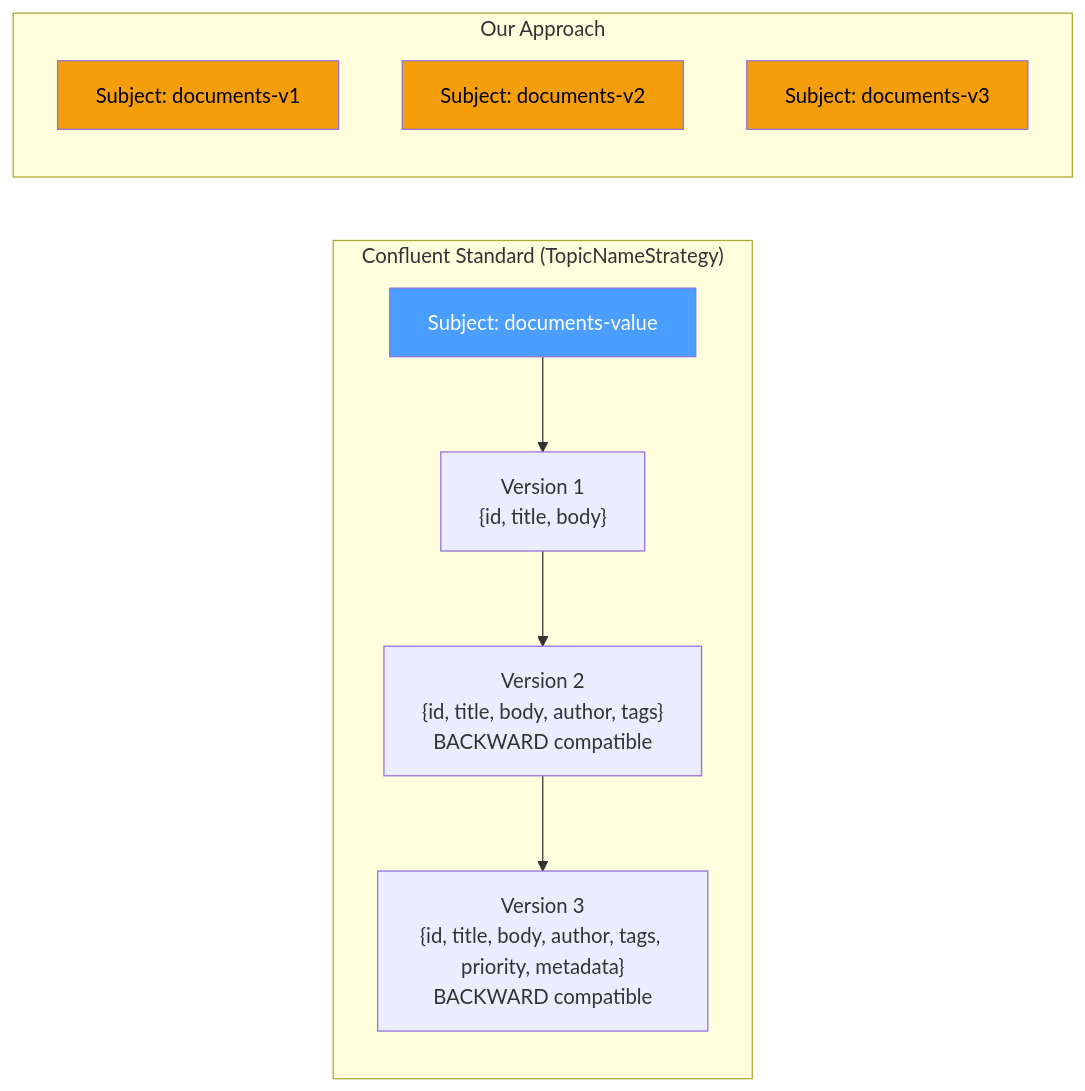
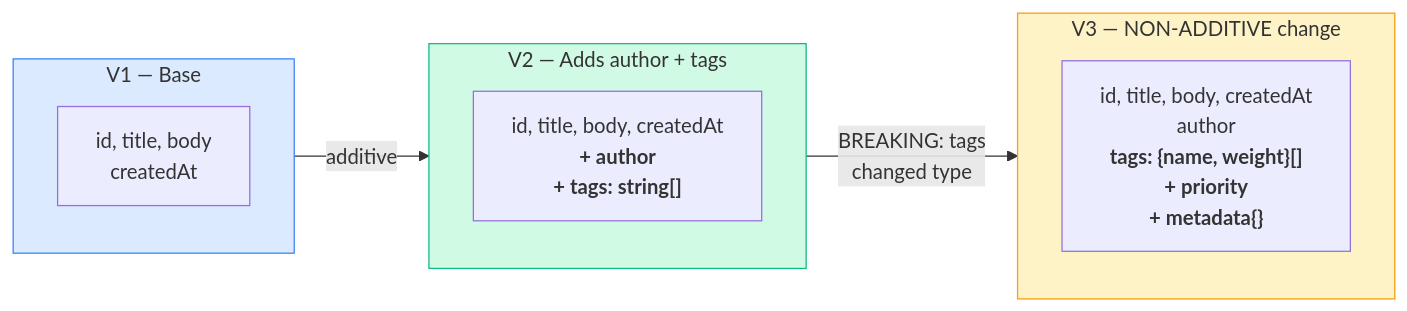
The third of 4 diagrams in README.md (righteouslabs/experiments-kubernetes), drawn with Mermaid before and after one commit. The commit also changed other lines of this file and 6 other files, not shown here.

````diff
--- a/README.md
+++ b/README.md
@@ -576,20 +122,21 @@
 ```mermaid
 graph LR
-    subgraph "Confluent Standard (TopicNameStrategy)"
-        S["Subject: documents-value"]
-        S --> V1["Version 1<br/>{id, title, body}"]
-        V1 --> V2["Version 2<br/>{id, title, body, author, tags}<br/>BACKWARD compatible"]
-        V2 --> V3["Version 3<br/>{id, title, body, author, tags, priority, metadata}<br/>BACKWARD compatible"]
+    subgraph V1["V1 — Base"]
+        F1["id, title, body<br/>createdAt"]
     end
 
-    subgraph "Our Approach"
-        S1["Subject: documents-v1"]
-        S2["Subject: documents-v2"]
-        S3["Subject: documents-v3"]
+    subgraph V2["V2 — Adds author + tags"]
+        F2["id, title, body, createdAt<br/><b>+ author</b><br/><b>+ tags: string[]</b>"]
     end
 
-    style S fill:#4a9eff,color:#fff
-    style S1 fill:#f59e0b,color:#000
-    style S2 fill:#f59e0b,color:#000
-    style S3 fill:#f59e0b,color:#000
+    subgraph V3["V3 — NON-ADDITIVE change"]
+        F3["id, title, body, createdAt<br/>author<br/><b>tags: {name, weight}[]</b><br/><b>+ priority</b><br/><b>+ metadata{}</b>"]
+    end
+
+    V1 -- "additive" --> V2
+    V2 -- "BREAKING: tags<br/>changed type" --> V3
+
+    style V1 fill:#dbeafe,stroke:#3b82f6
+    style V2 fill:#d1fae5,stroke:#10b981
+    style V3 fill:#fef3c7,stroke:#f59e0b
 ```
````
